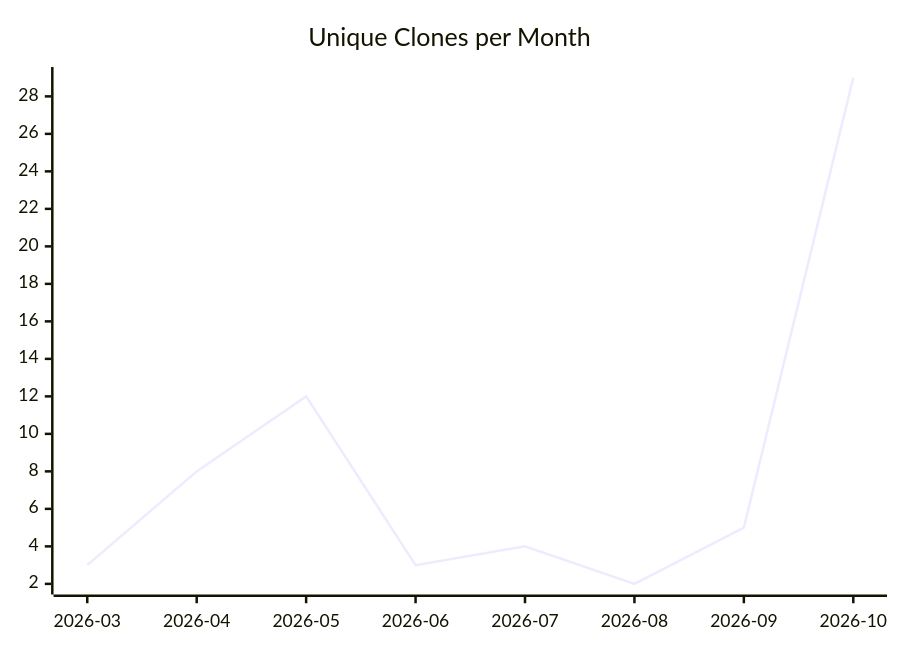
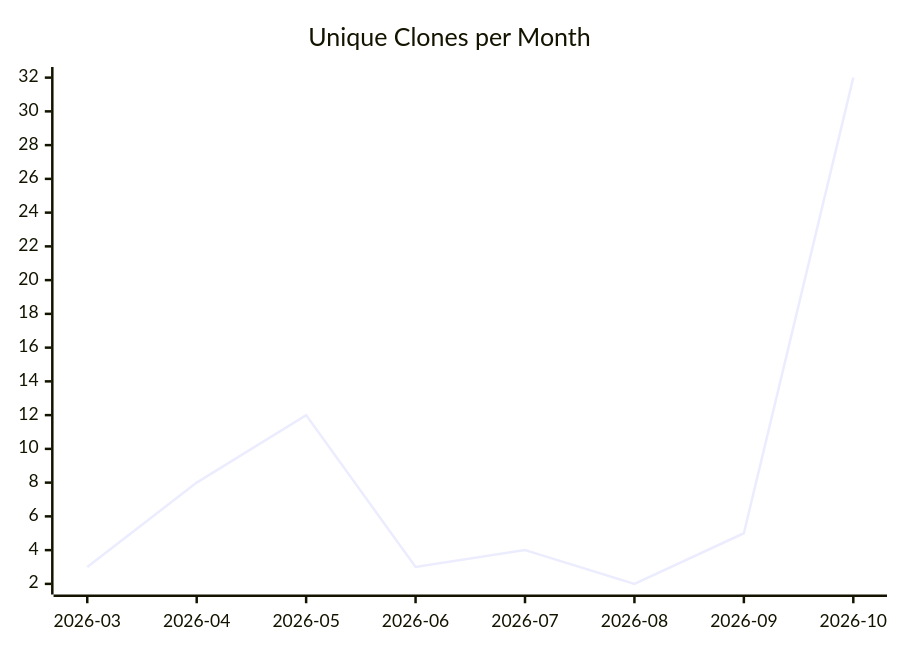
The third of 3 diagrams in karlmdavis/puppet-sonar/README.md (justdavis-family/github-analytics-data), drawn with Mermaid before and after one commit. The commit also changed other lines of this file and 194 other files, not shown here.

````diff
--- a/karlmdavis/puppet-sonar/README.md
+++ b/karlmdavis/puppet-sonar/README.md
@@ -19,6 +19,6 @@
 ```mermaid
 xychart-beta
   title "Unique Clones per Month"
   x-axis ["2026-03", "2026-04", "2026-05", "2026-06", "2026-07", "2026-08", "2026-09", "2026-10"]
-  line [3, 8, 12, 3, 4, 2, 5, 29]
+  line [3, 8, 12, 3, 4, 2, 5, 32]
 ```
````
